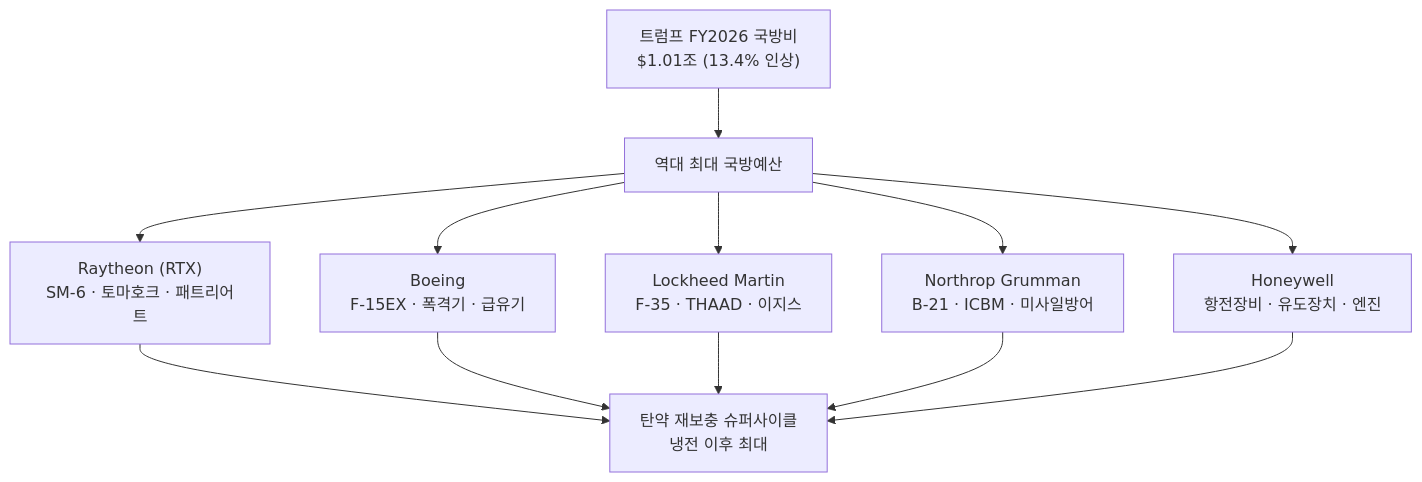
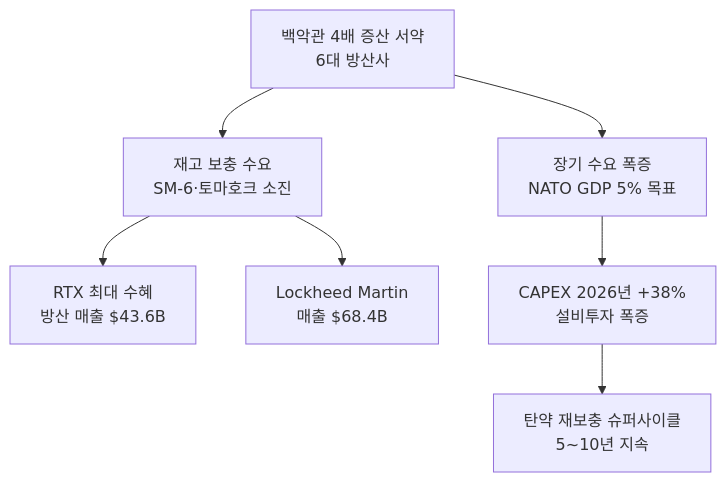
Before and after one commit to dss99911/dss99911.github.io: the second of 7 diagrams in _posts/knowledge/invest/2026-03-07-defense-space-sector-outlook-2026.md, drawn with Mermaid. The commit also changed other lines of this file and 2 other files, not shown here.

````diff
--- a/_posts/knowledge/invest/2026-03-07-defense-space-sector-outlook-2026.md
+++ b/_posts/knowledge/invest/2026-03-07-defense-space-sector-outlook-2026.md
@@ -96,16 +72,11 @@
 ```mermaid
 graph TD
-    A["트럼프 FY2026 국방비<br/>$1.01조 (13.4% 인상)"] --> B["역대 최대 국방예산"]
+    A["백악관 4배 증산 서약<br/>6대 방산사"] --> B["재고 보충 수요<br/>SM-6·토마호크 소진"]
+    A --> C["장기 수요 폭증<br/>NATO GDP 5% 목표"]
 
-    B --> C["Raytheon (RTX)<br/>SM-6 · 토마호크 · 패트리어트"]
-    B --> D["Boeing<br/>F-15EX · 폭격기 · 급유기"]
-    B --> E["Lockheed Martin<br/>F-35 · THAAD · 이지스"]
-    B --> F["Northrop Grumman<br/>B-21 · ICBM · 미사일방어"]
-    B --> G["Honeywell<br/>항전장비 · 유도장치 · 엔진"]
+    B --> D["RTX 최대 수혜<br/>방산 매출 $43.6B"]
+    B --> E["Lockheed Martin<br/>매출 $68.4B"]
 
-    C --> H["탄약 재보충 슈퍼사이클<br/>냉전 이후 최대"]
-    D --> H
-    E --> H
-    F --> H
-    G --> H
+    C --> F["CAPEX 2026년 +38%<br/>설비투자 폭증"]
+    F --> G["탄약 재보충 슈퍼사이클<br/>5~10년 지속"]
 ```
````
